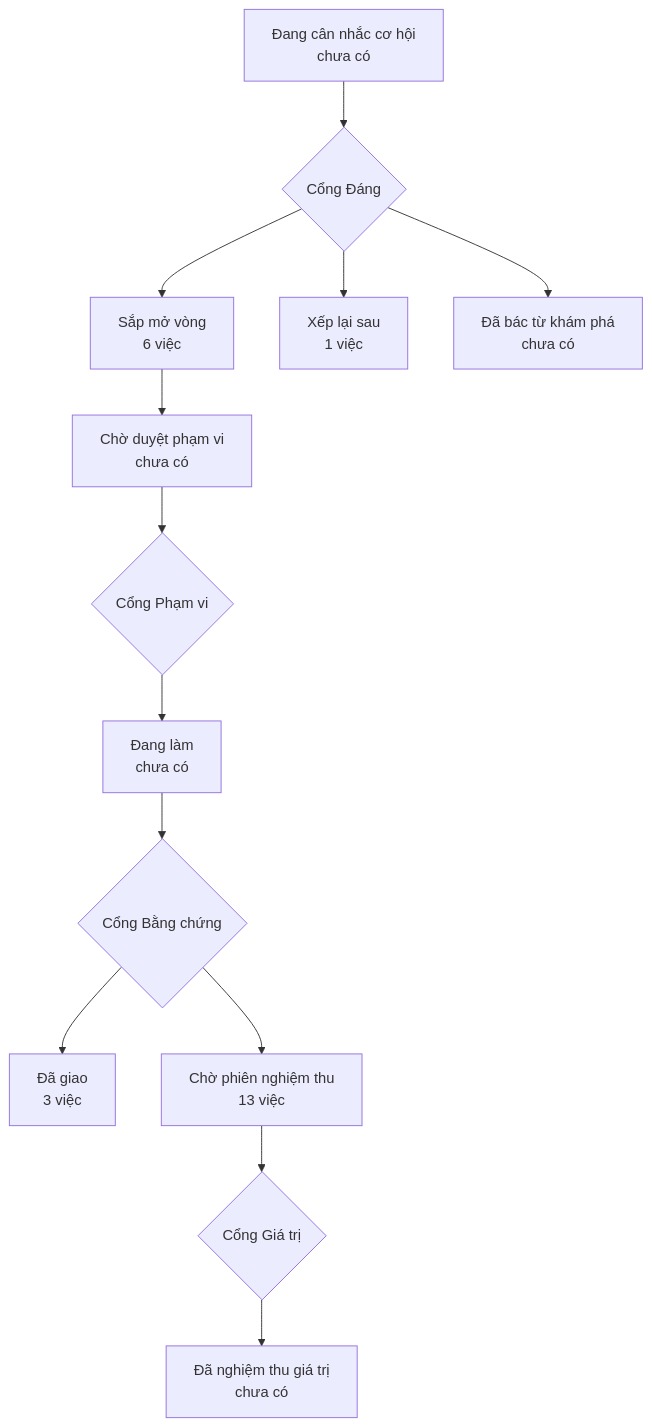
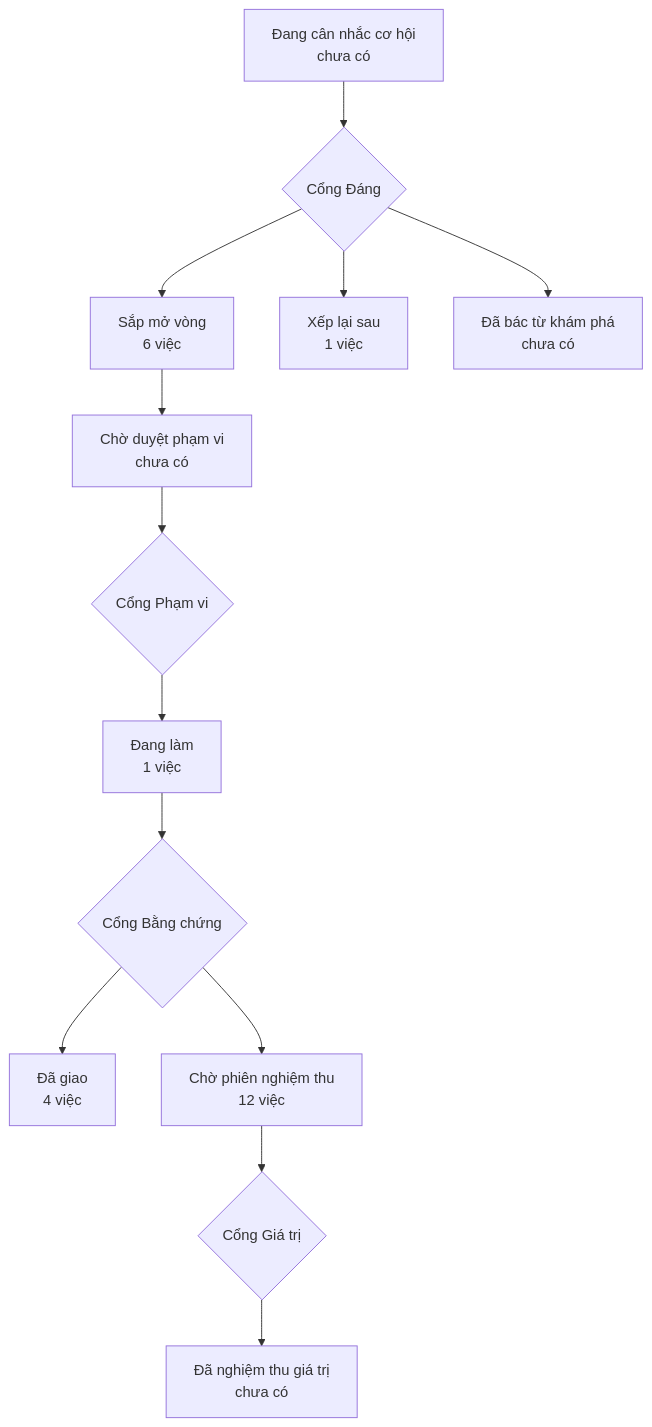
The diagram in PRODUCT-MAP.md (phanlemanh/onehub-quy-hang), drawn with Mermaid before and after one commit. The commit also changed other lines of this file and 1 other file, not shown here.

Commit message:
chore(product-map): vẽ lại sau khi gộp main

````diff
--- a/PRODUCT-MAP.md
+++ b/PRODUCT-MAP.md
@@ -7,12 +7,12 @@
 ```mermaid
 flowchart TD
   A["Đang cân nhắc cơ hội<br/>chưa có"] --> GD{"Cổng Đáng"}
   GD --> B["Sắp mở vòng<br/>6 việc"]
   GD --> XL["Xếp lại sau<br/>1 việc"]
   GD --> DB["Đã bác từ khám phá<br/>chưa có"]
   B --> CD["Chờ duyệt phạm vi<br/>chưa có"] --> GP{"Cổng Phạm vi"}
-  GP --> DL["Đang làm<br/>chưa có"] --> GB{"Cổng Bằng chứng"}
-  GB --> DG["Đã giao<br/>3 việc"]
-  GB --> CN["Chờ phiên nghiệm thu<br/>13 việc"] --> GG{"Cổng Giá trị"}
+  GP --> DL["Đang làm<br/>1 việc"] --> GB{"Cổng Bằng chứng"}
+  GB --> DG["Đã giao<br/>4 việc"]
+  GB --> CN["Chờ phiên nghiệm thu<br/>12 việc"] --> GG{"Cổng Giá trị"}
   GG --> NT["Đã nghiệm thu giá trị<br/>chưa có"]
 ```
````
